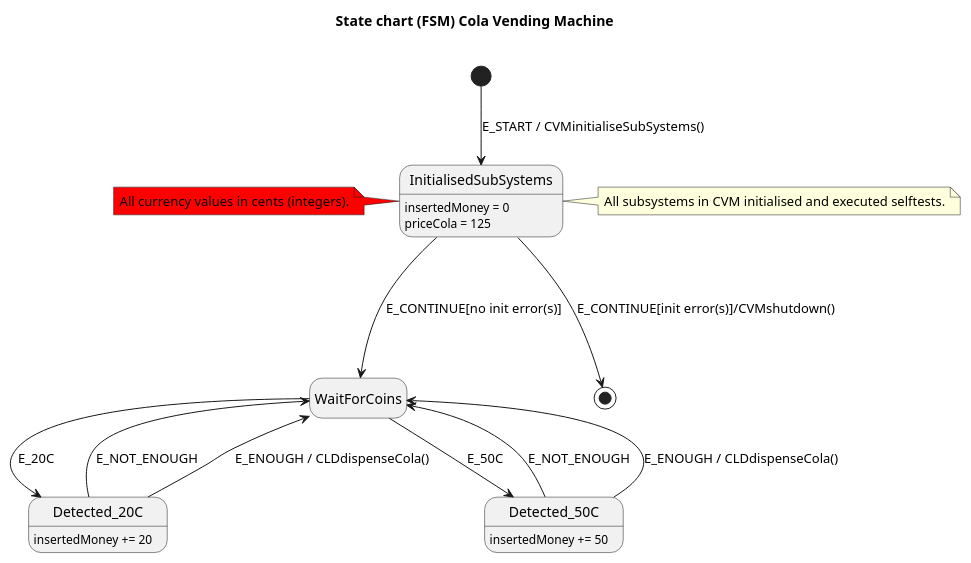
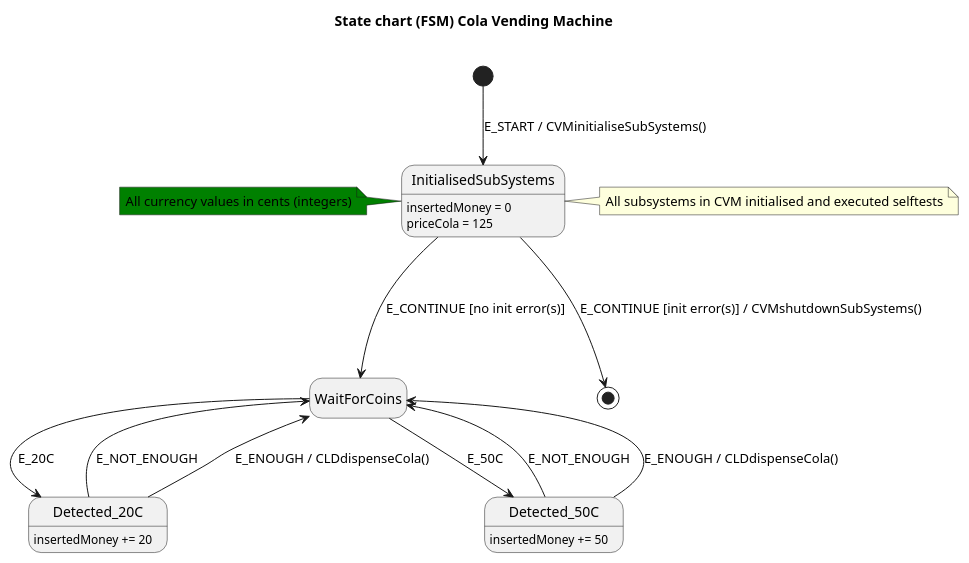
Before and after one commit to josokw/IntroductionC: the diagram in ColaVendingMachine/CVM-1/uml/ColaVendingMachine-1-fsm.puml, drawn with PlantUML. The commit also changed 3 other files, not shown here.

```diff
--- a/ColaVendingMachine/CVM-1/uml/ColaVendingMachine-1-fsm.puml
+++ b/ColaVendingMachine/CVM-1/uml/ColaVendingMachine-1-fsm.puml
@@ -1,31 +1,31 @@
 @startuml
 
 hide empty description
 
 title State chart (FSM) Cola Vending Machine\n
 
 [*] --> InitialisedSubSystems : E_START / CVMinitialiseSubSystems()
 InitialisedSubSystems : insertedMoney = 0
 InitialisedSubSystems : priceCola = 125
-InitialisedSubSystems ---> WaitForCoins : E_CONTINUE[no init error(s)]
-InitialisedSubSystems ---> [*] : E_CONTINUE[init error(s)]/CVMshutdown()
+InitialisedSubSystems ---> WaitForCoins : E_CONTINUE [no init error(s)]
+InitialisedSubSystems ---> [*] : E_CONTINUE [init error(s)] / CVMshutdownSubSystems()
 
 WaitForCoins --> Detected_20C : E_20C
 Detected_20C : insertedMoney += 20
 Detected_20C -up-> WaitForCoins : E_NOT_ENOUGH
 Detected_20C --> WaitForCoins : E_ENOUGH / CLDdispenseCola()
 
 WaitForCoins --> Detected_50C : E_50C
 Detected_50C : insertedMoney += 50
 Detected_50C -up-> WaitForCoins : E_NOT_ENOUGH
 Detected_50C --> WaitForCoins : E_ENOUGH / CLDdispenseCola()
 
 note right of InitialisedSubSystems
-    All subsystems in CVM initialised and executed selftests.
+    All subsystems in CVM initialised and executed selftests
 end note
 
-note left of InitialisedSubSystems #red
-    All currency values in cents (integers).
+note left of InitialisedSubSystems #green
+    All currency values in cents (integers)
 end note
 
 @enduml
```
